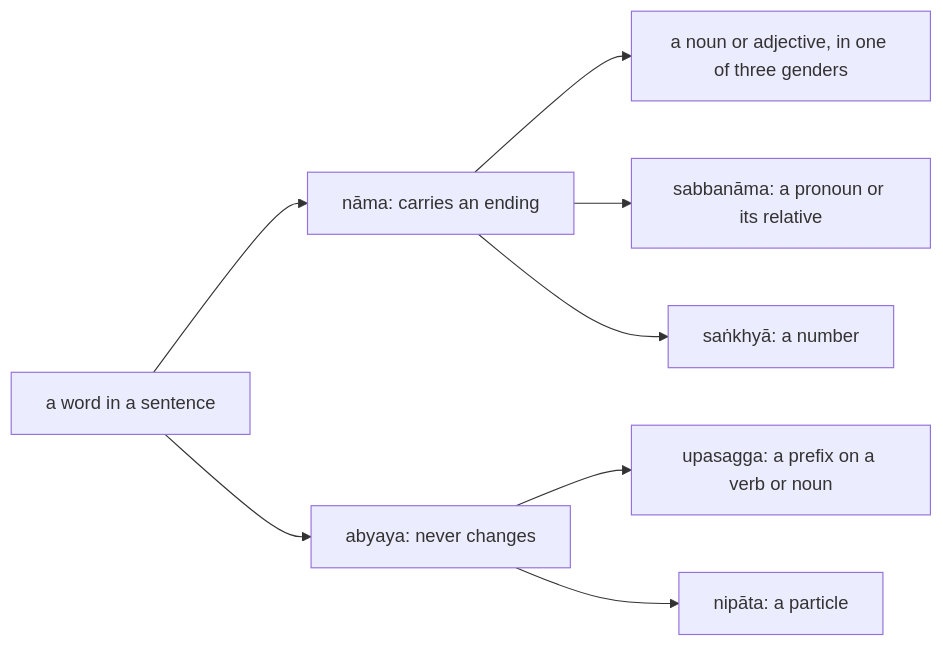
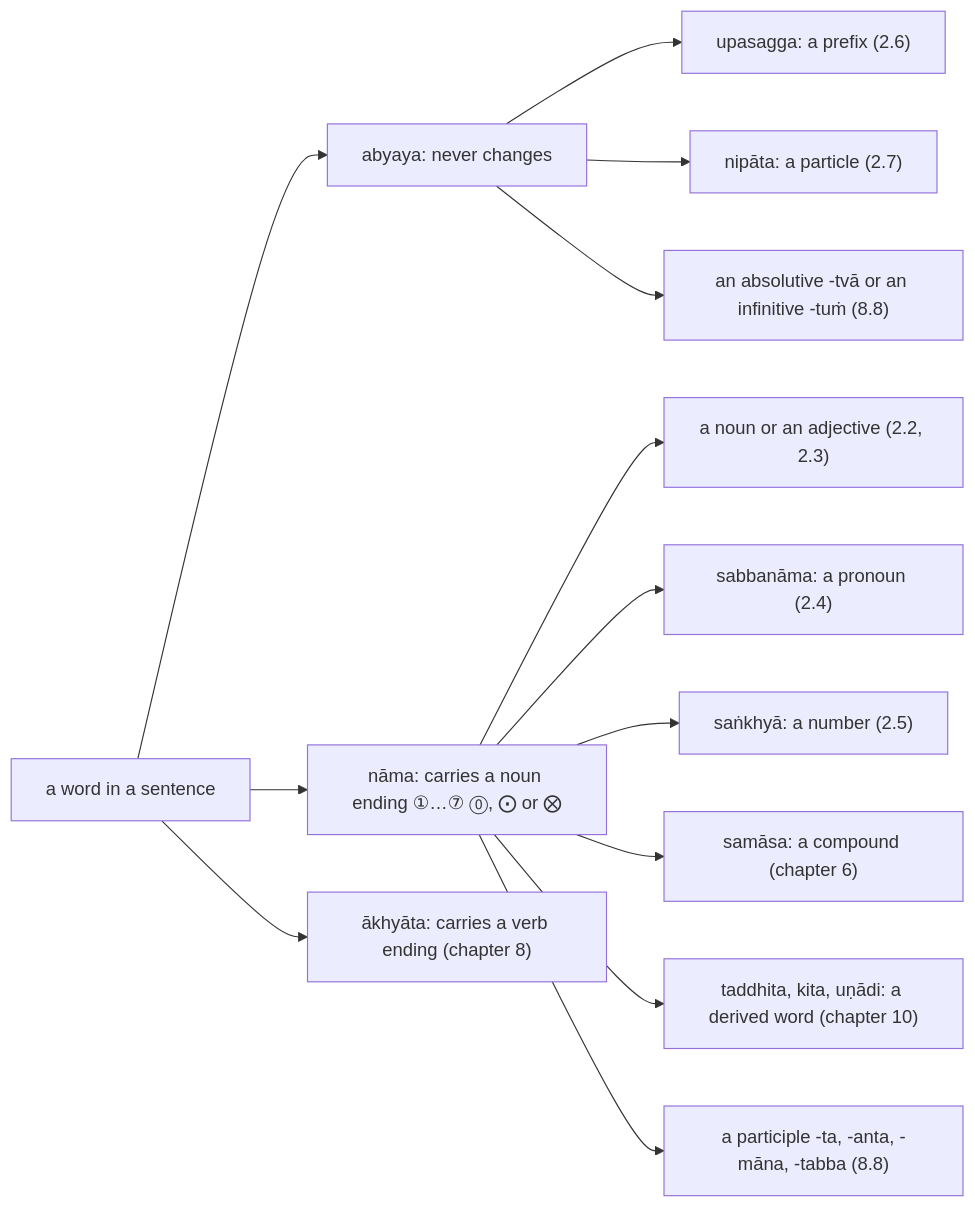
One commit to ChristineTham/buddhavacana changed the first of 2 diagrams in src/content/docs/Pali Textbook/2-0-nama.md. Above: the diagram before and after it, drawn with Mermaid. The commit also changed other lines of this file and 13 other files, not shown here.

````diff
--- a/src/content/docs/Pali Textbook/2-0-nama.md
+++ b/src/content/docs/Pali Textbook/2-0-nama.md
@@ -27,10 +30,15 @@
 ```mermaid
 flowchart LR
-  W["a word in a sentence"] --> N["nāma: carries an ending"]
-  W --> A["abyaya: never changes"]
-  N --> N1["a noun or adjective, in one of three genders"]
-  N --> N2["sabbanāma: a pronoun or its relative"]
-  N --> N3["saṅkhyā: a number"]
-  A --> A1["upasagga: a prefix on a verb or noun"]
-  A --> A2["nipāta: a particle"]
+  W["a word in a sentence"] --> A["abyaya: never changes"]
+  W --> N["nāma: carries a noun ending ①…⑦ ⓪, ⨀ or ⨂"]
+  W --> V["ākhyāta: carries a verb ending (chapter 8)"]
+  A --> A1["upasagga: a prefix (2.6)"]
+  A --> A2["nipāta: a particle (2.7)"]
+  A --> A3["an absolutive -tvā or an infinitive -tuṁ (8.8)"]
+  N --> N1["a noun or an adjective (2.2, 2.3)"]
+  N --> N2["sabbanāma: a pronoun (2.4)"]
+  N --> N3["saṅkhyā: a number (2.5)"]
+  N --> N4["samāsa: a compound (chapter 6)"]
+  N --> N5["taddhita, kita, uṇādi: a derived word (chapter 10)"]
+  N --> N6["a participle -ta, -anta, -māna, -tabba (8.8)"]
 ```
````
